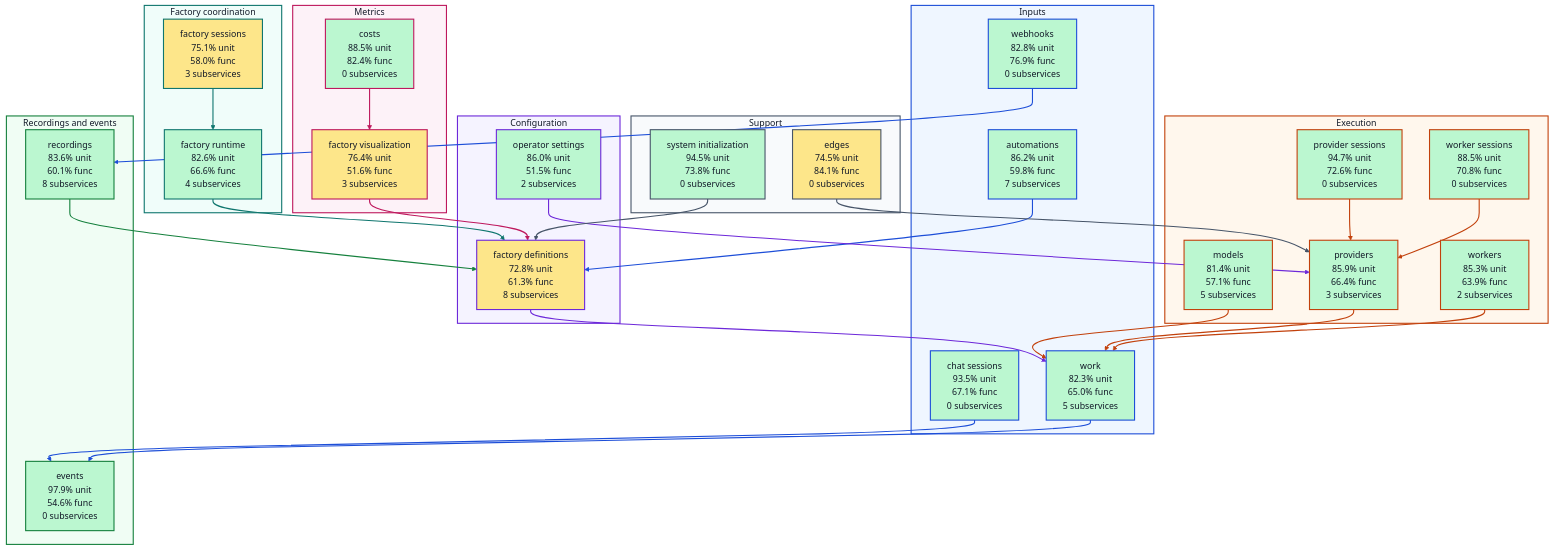
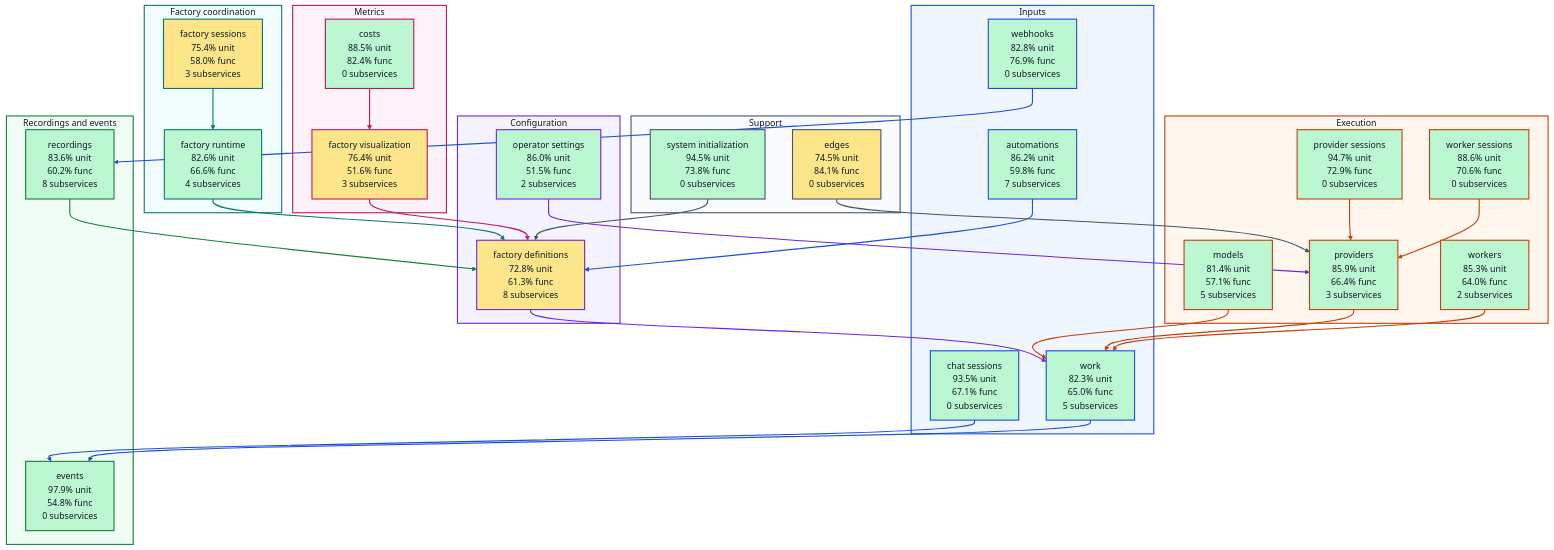
Before and after one commit to portpowered/you-agent-factory: the diagram in docs/architecture/visualizations/high-level-test-coverage.md, drawn with Mermaid. The commit also changed other lines of this file and 20 other files, not shown here.

Commit message:
docs: refresh backend architecture visualizations

```diff
--- a/docs/architecture/visualizations/high-level-test-coverage.md
+++ b/docs/architecture/visualizations/high-level-test-coverage.md
@@ -22,18 +22,18 @@
   end
   subgraph coordination["Factory coordination"]
     s_services_factory_runtime["factory runtime<br/>82.6% unit<br/>66.6% func<br/>4 subservices"]
-    s_services_factory_sessions["factory sessions<br/>75.1% unit<br/>58.0% func<br/>3 subservices"]
+    s_services_factory_sessions["factory sessions<br/>75.4% unit<br/>58.0% func<br/>3 subservices"]
   end
   subgraph execution["Execution"]
     s_services_models["models<br/>81.4% unit<br/>57.1% func<br/>5 subservices"]
-    s_services_provider_sessions["provider sessions<br/>94.7% unit<br/>72.6% func<br/>0 subservices"]
+    s_services_provider_sessions["provider sessions<br/>94.7% unit<br/>72.9% func<br/>0 subservices"]
     s_services_providers["providers<br/>85.9% unit<br/>66.4% func<br/>3 subservices"]
-    s_services_worker_sessions["worker sessions<br/>88.5% unit<br/>70.8% func<br/>0 subservices"]
-    s_services_workers["workers<br/>85.3% unit<br/>63.9% func<br/>2 subservices"]
+    s_services_worker_sessions["worker sessions<br/>88.6% unit<br/>70.6% func<br/>0 subservices"]
+    s_services_workers["workers<br/>85.3% unit<br/>64.0% func<br/>2 subservices"]
   end
   subgraph recordings["Recordings and events"]
-    s_services_events["events<br/>97.9% unit<br/>54.6% func<br/>0 subservices"]
-    s_services_recordings["recordings<br/>83.6% unit<br/>60.1% func<br/>8 subservices"]
+    s_services_events["events<br/>97.9% unit<br/>54.8% func<br/>0 subservices"]
+    s_services_recordings["recordings<br/>83.6% unit<br/>60.2% func<br/>8 subservices"]
   end
   subgraph metrics["Metrics"]
     s_services_costs["costs<br/>88.5% unit<br/>82.4% func<br/>0 subservices"]
```
